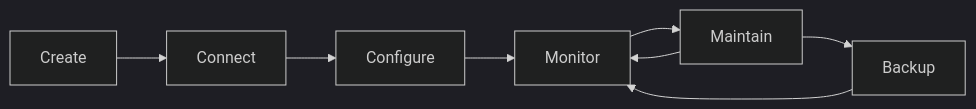
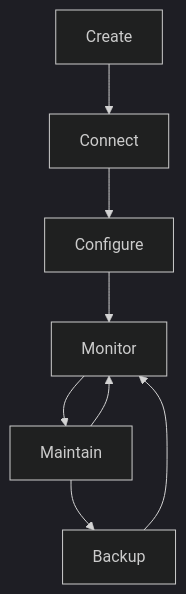
One commit to yeongseon/azure-virtual-machine-practical-guide changed the diagram in docs/operations/index.md. Above: the diagram before and after it, drawn with Mermaid (dark theme). The commit also changed 16 other files, not shown here.

First line of the commit message:
docs: convert LR diagrams to TD for readability and add orientation rule

````diff
--- a/docs/operations/index.md
+++ b/docs/operations/index.md
@@ -37,10 +37,10 @@
 ```mermaid
-graph LR
+graph TD
     A[Create] --> B[Connect]
     B --> C[Configure]
     C --> D[Monitor]
     D --> E[Maintain]
     E --> D
     E --> F[Backup]
     F --> D
 ```
````
